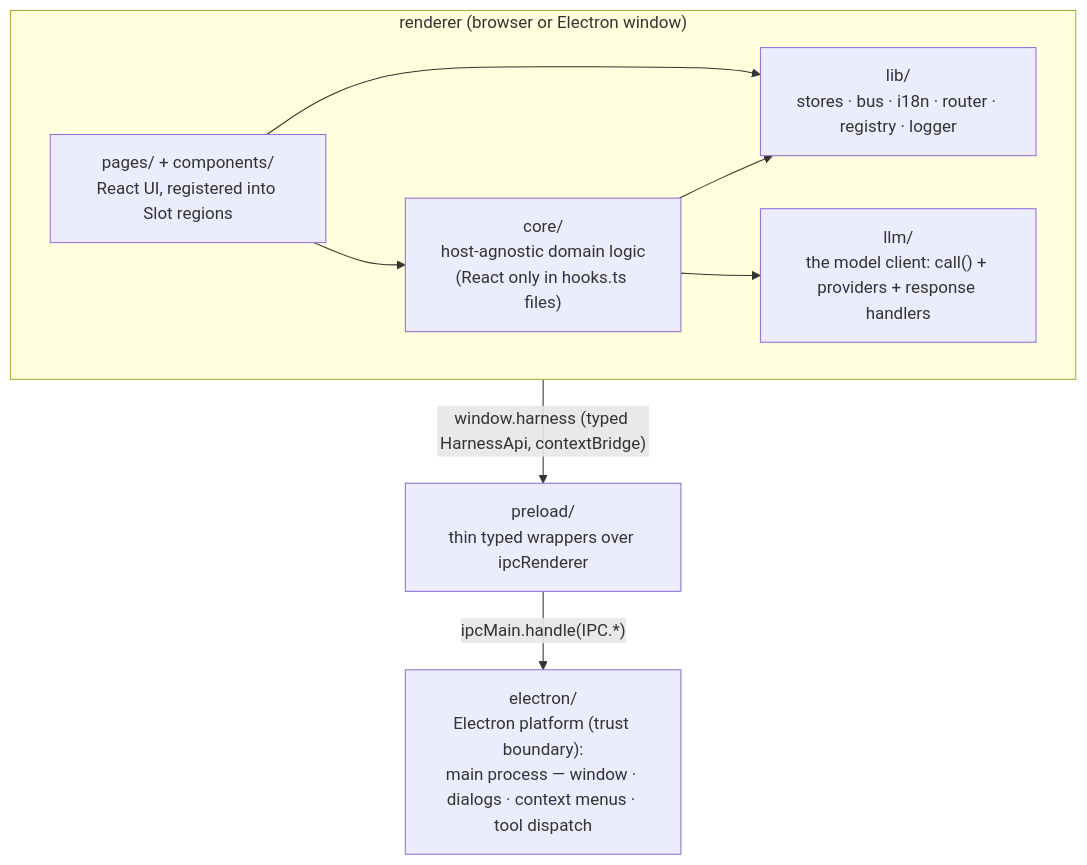
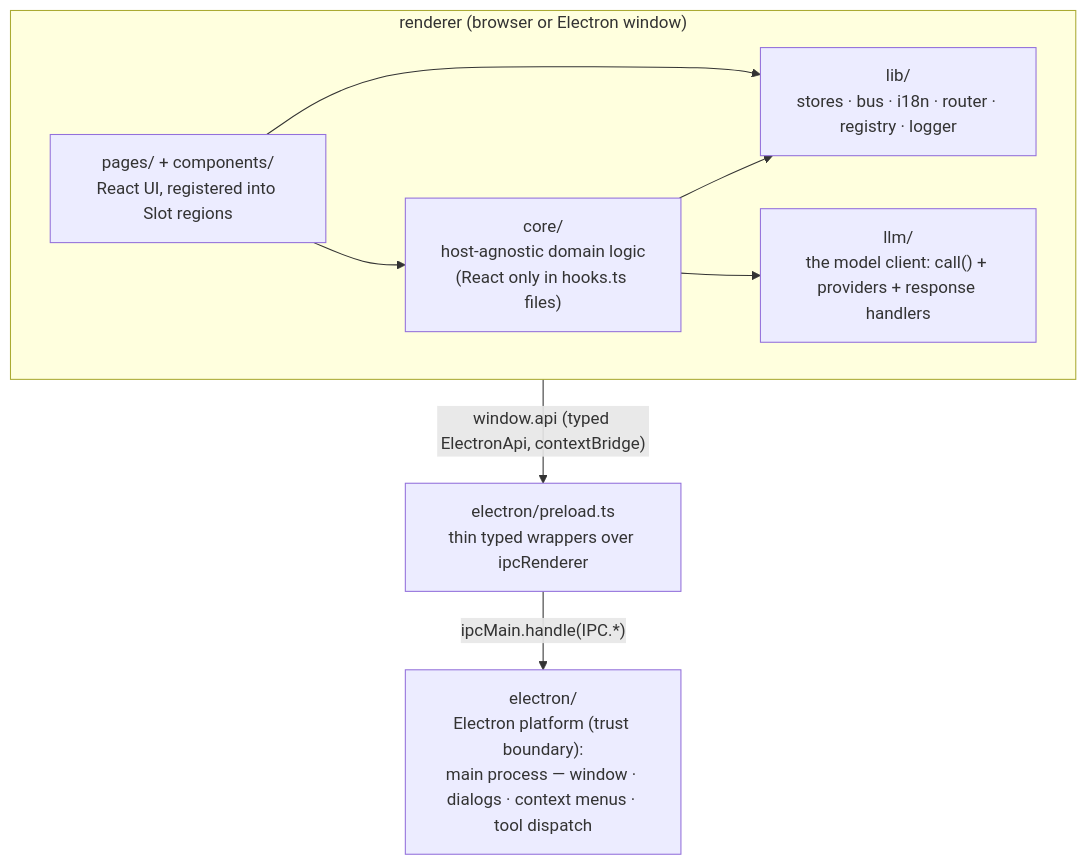
Before and after one commit to bilikaz/v84-harness: the diagram in docs/ARCHITECTURE.md, drawn with Mermaid. The commit also changed other lines of this file and 23 other files, not shown here.

````diff
--- a/docs/ARCHITECTURE.md
+++ b/docs/ARCHITECTURE.md
@@ -25,17 +25,17 @@
 ```mermaid
 flowchart TD
     subgraph renderer["renderer (browser or Electron window)"]
         ui["pages/ + components/<br/>React UI, registered into Slot regions"]
         lib["lib/<br/>stores · bus · i18n · router · registry · logger"]
         core["core/<br/>host-agnostic domain logic<br/>(React only in hooks.ts files)"]
         llm["llm/<br/>the model client: call() + providers + response handlers"]
         ui --> lib
         ui --> core
         core --> lib
         core --> llm
     end
-    preload["preload/<br/>thin typed wrappers over ipcRenderer"]
+    preload["electron/preload.ts<br/>thin typed wrappers over ipcRenderer"]
     electron["electron/<br/>Electron platform (trust boundary):<br/>main process — window · dialogs · context menus · tool dispatch"]
-    renderer -->|"window.harness (typed HarnessApi, contextBridge)"| preload
+    renderer -->|"window.api (typed ElectronApi, contextBridge)"| preload
     preload -->|"ipcMain.handle(IPC.*)"| electron
 ```
````
